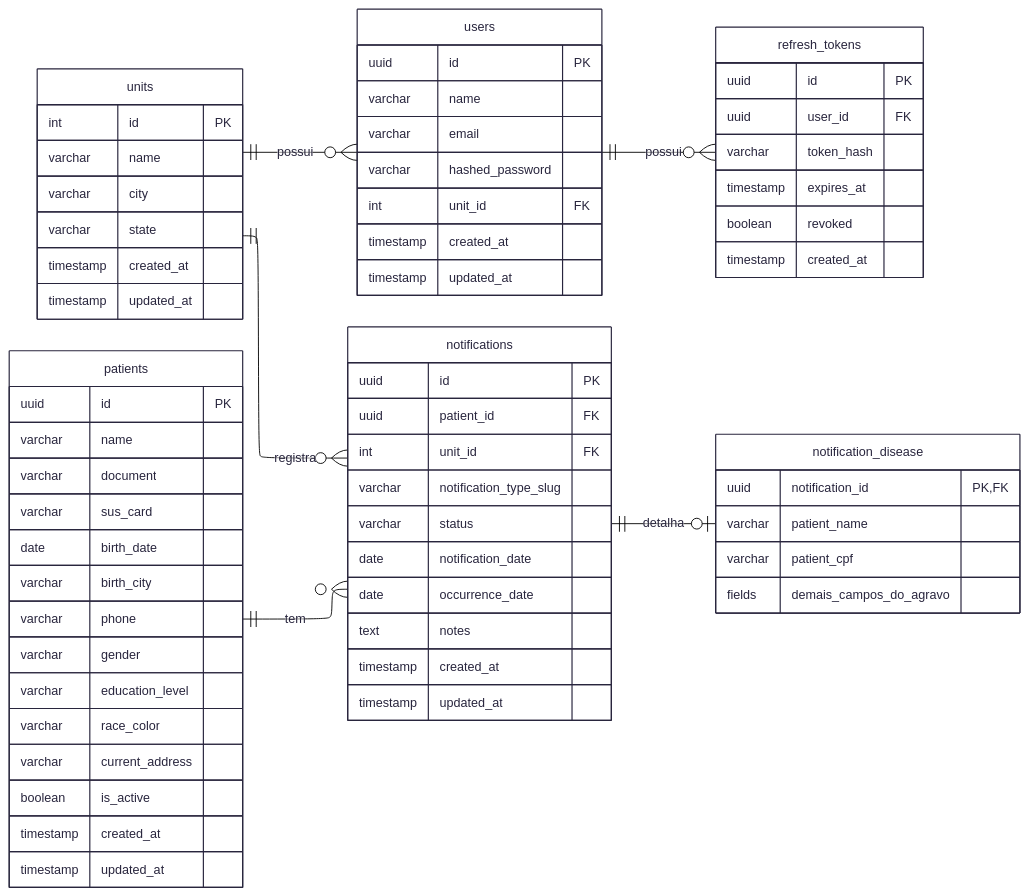
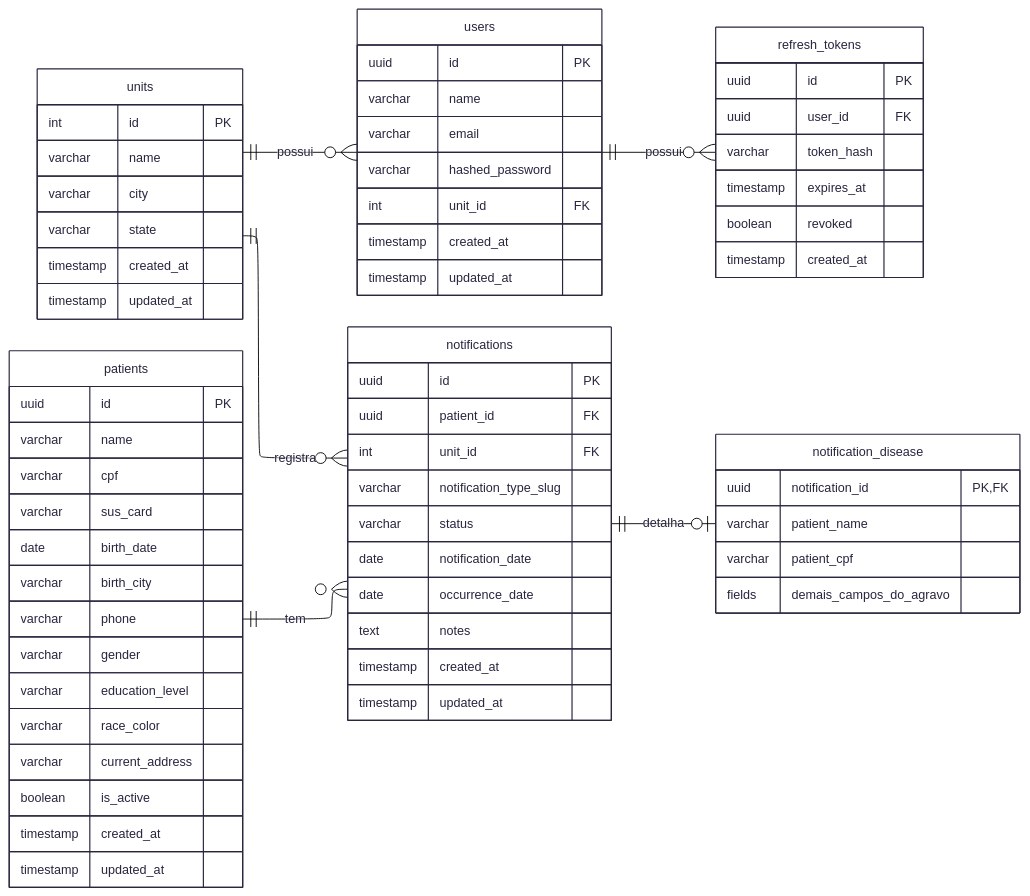
One commit to SINAN-UFSM/sinan-backend changed the diagram in docs/database/database.md. Above: the diagram before and after it, drawn with Mermaid. The commit also changed other lines of this file and 10 other files, not shown here.

```diff
--- a/docs/database/database.md
+++ b/docs/database/database.md
@@ -40,7 +42,7 @@
     patients {
         uuid id PK ""  
         varchar name  ""  
-        varchar document  ""  
+        varchar cpf  ""  
         varchar sus_card  ""  
         date birth_date  ""  
         varchar birth_city  ""  
```
